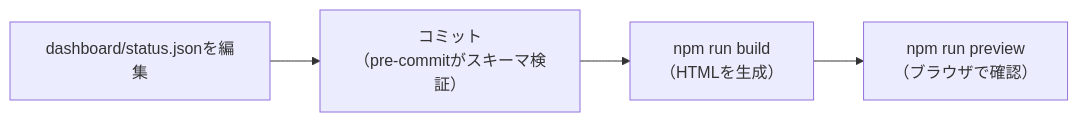
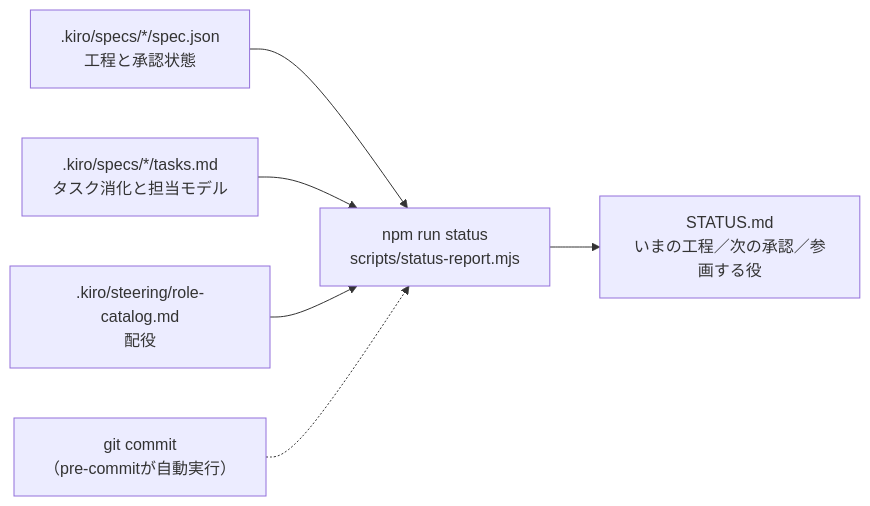
The third of 4 diagrams in README.md (kumamoto-kouki/conductor-sdlc-template), drawn with Mermaid before and after one commit. The commit also changed other lines of this file and 89 other files, not shown here.

````diff
--- a/README.md
+++ b/README.md
@@ -110,6 +110,8 @@
 ```mermaid
 flowchart LR
-    A["dashboard/status.jsonを編集"] --> B["コミット<br/>（pre-commitがスキーマ検証）"]
-    B --> C["npm run build<br/>（HTMLを生成）"]
-    C --> D["npm run preview<br/>（ブラウザで確認）"]
+    A[".kiro/specs/*/spec.json<br/>工程と承認状態"] --> S["npm run status<br/>scripts/status-report.mjs"]
+    B[".kiro/specs/*/tasks.md<br/>タスク消化と担当モデル"] --> S
+    C[".kiro/steering/role-catalog.md<br/>配役"] --> S
+    S --> D["STATUS.md<br/>いまの工程／次の承認／参画する役"]
+    G["git commit<br/>（pre-commitが自動実行）"] -.-> S
 ```
````
